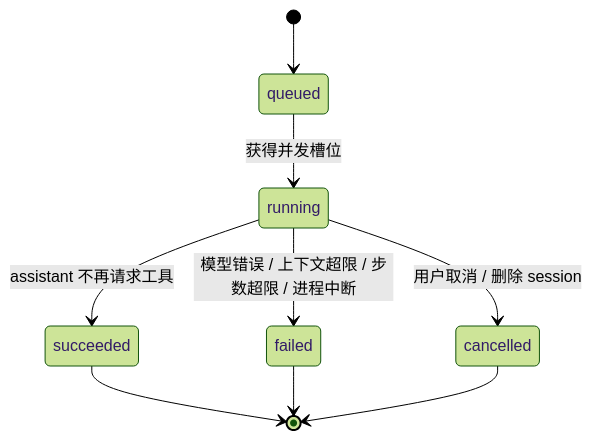
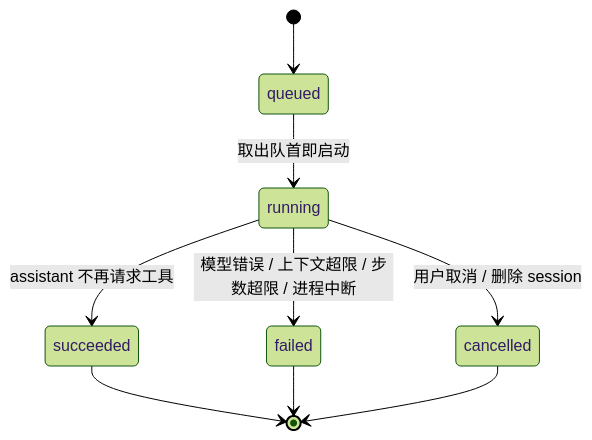
The diagram in docs/specs/rust-react-coding-agent.md (zineyu/durable), drawn with Mermaid (forest theme) before and after one commit. The commit also changed other lines of this file and 7 other files, not shown here.

````diff
--- a/docs/specs/rust-react-coding-agent.md
+++ b/docs/specs/rust-react-coding-agent.md
@@ -127,11 +129,11 @@
 ```mermaid
 stateDiagram-v2
     [*] --> queued
-    queued --> running: 获得并发槽位
+    queued --> running: 取出队首即启动
     running --> succeeded: assistant 不再请求工具
     running --> failed: 模型错误 / 上下文超限 / 步数超限 / 进程中断
     running --> cancelled: 用户取消 / 删除 session
     succeeded --> [*]
     failed --> [*]
     cancelled --> [*]
 ```
````
